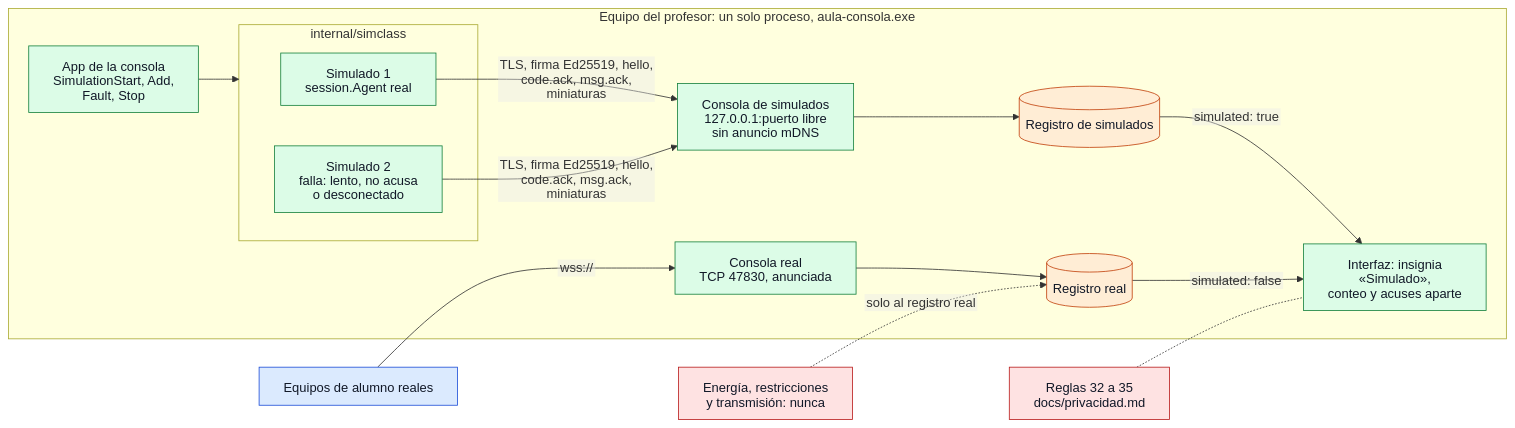
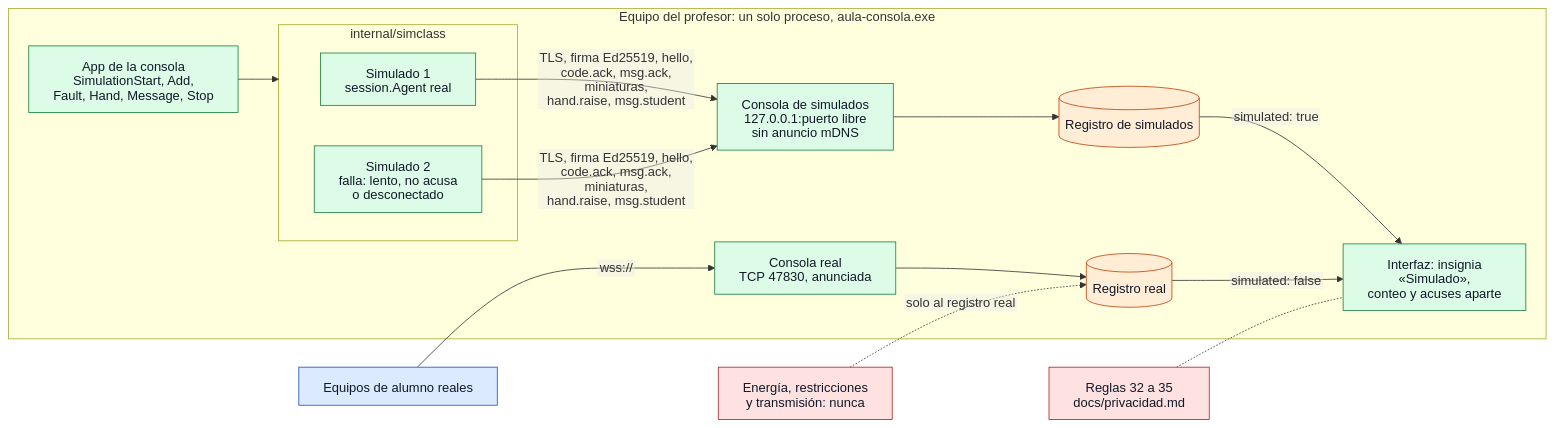
Before and after one commit to bayalad7/aula: the diagram in docs/v1/diagramas/10-aula-simulada.md, drawn with Mermaid. The commit also changed other lines of this file and 52 other files, not shown here.

First line of the commit message:
documentacion(docs): privacidad, manual, diagramas y pruebas de manos y mensajes

````diff
--- a/docs/v1/diagramas/10-aula-simulada.md
+++ b/docs/v1/diagramas/10-aula-simulada.md
@@ -14,38 +14,38 @@
 ```mermaid
 %%{init: {"htmlLabels": false, "flowchart": {"htmlLabels": false}}}%%
 flowchart LR
     subgraph equipo["Equipo del profesor: un solo proceso, aula-consola.exe"]
-        app["App de la consola<br/>SimulationStart, Add,<br/>Fault, Stop"]
+        app["App de la consola<br/>SimulationStart, Add,<br/>Fault, Hand, Message, Stop"]
         subgraph sims["internal/simclass"]
             s1["Simulado 1<br/>session.Agent real"]
             s2["Simulado 2<br/>falla: lento, no acusa<br/>o desconectado"]
         end
         simsrv["Consola de simulados<br/>127.0.0.1:puerto libre<br/>sin anuncio mDNS"]
         simreg[("Registro de simulados")]
         realsrv["Consola real<br/>TCP 47830, anunciada"]
         realreg[("Registro real")]
         ui["Interfaz: insignia «Simulado»,<br/>conteo y acuses aparte"]
     end
     reales["Equipos de alumno reales"]
     nunca["Energía, restricciones<br/>y transmisión: nunca"]
 
     app --> sims
-    s1 & s2 -- "TLS, firma Ed25519, hello,<br/>code.ack, msg.ack, miniaturas" --> simsrv
+    s1 & s2 -- "TLS, firma Ed25519, hello,<br/>code.ack, msg.ack, miniaturas,<br/>hand.raise, msg.student" --> simsrv
     simsrv --> simreg
     reales -- "wss://" --> realsrv
     realsrv --> realreg
     realreg -- "simulated: false" --> ui
     simreg -- "simulated: true" --> ui
     nunca -. "solo al registro real" .-> realreg
     reglas["Reglas 32 a 35<br/>docs/privacidad.md"]
     reglas -.- ui
 
     classDef externo fill:#dbeafe,stroke:#1d4ed8,color:#111827
     classDef aula fill:#dcfce7,stroke:#15803d,color:#111827
     classDef datos fill:#ffedd5,stroke:#c2410c,color:#111827
     classDef seguridad fill:#fee2e2,stroke:#b91c1c,color:#111827
     class app,s1,s2,simsrv,realsrv,ui aula
     class simreg,realreg datos
     class reales externo
     class nunca,reglas seguridad
 ```
````
